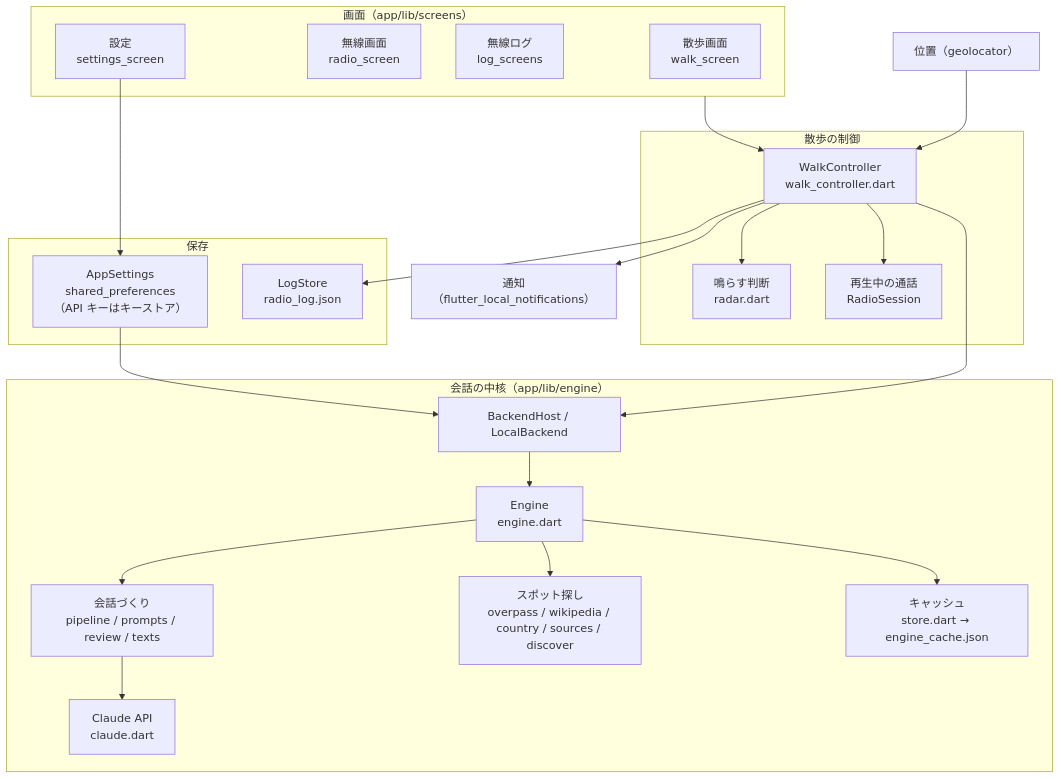
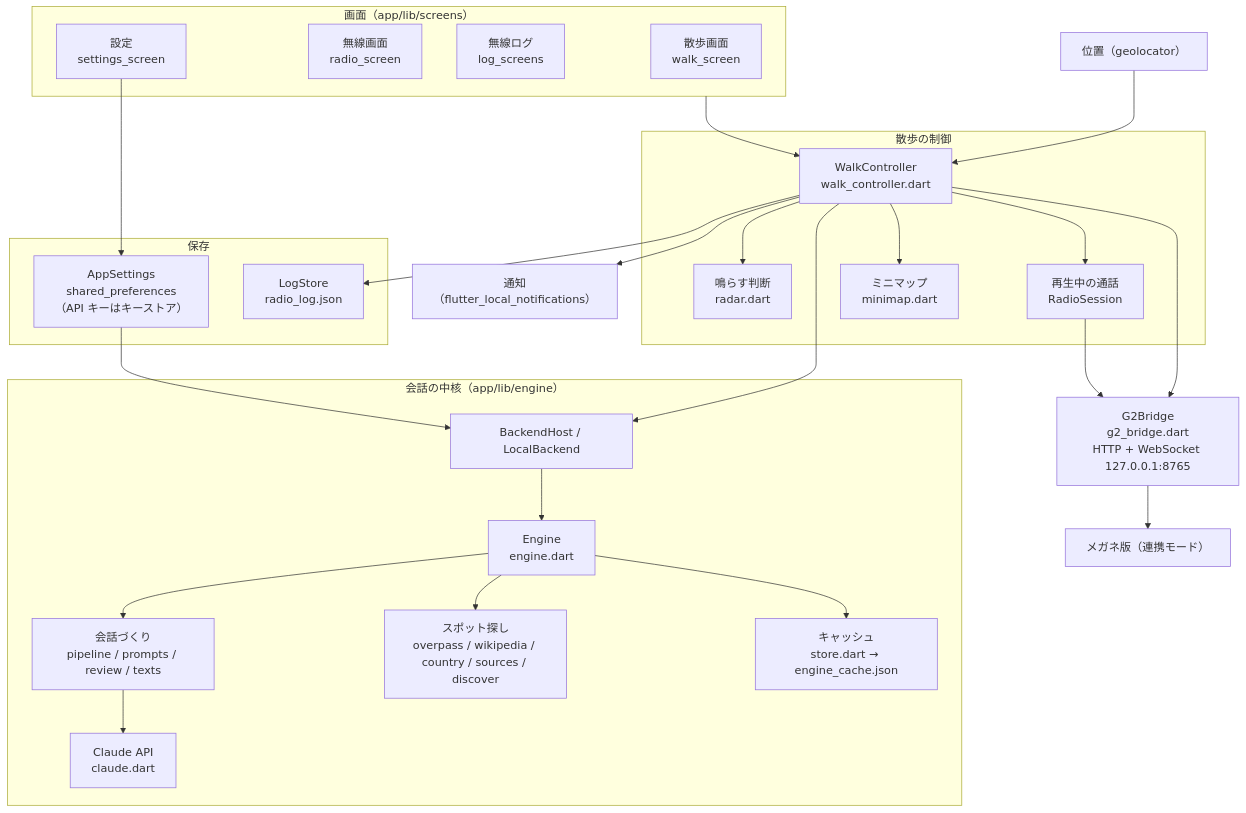
The second of 5 diagrams in design.md (dimethylether261/eveng2_codewalk), drawn with Mermaid before and after one commit. The commit also changed other lines of this file and 25 other files, not shown here.

First line of the commit message:
Link the glasses app to the Android app, behind a pairing code

````diff
--- a/design.md
+++ b/design.md
@@ -43,42 +44,49 @@
 ```mermaid
 flowchart TB
   subgraph ui["画面（app/lib/screens）"]
     walk["散歩画面<br/>walk_screen"]
     radio["無線画面<br/>radio_screen"]
     logs["無線ログ<br/>log_screens"]
     settings["設定<br/>settings_screen"]
   end
 
   subgraph ctl["散歩の制御"]
     wc["WalkController<br/>walk_controller.dart"]
     radar["鳴らす判断<br/>radar.dart"]
     session["再生中の通話<br/>RadioSession"]
+    mini["ミニマップ<br/>minimap.dart"]
   end
 
   subgraph data["保存"]
     appset["AppSettings<br/>shared_preferences<br/>（API キーはキーストア）"]
     logstore["LogStore<br/>radio_log.json"]
   end
 
   subgraph eng["会話の中核（app/lib/engine）"]
     host["BackendHost / LocalBackend"]
     engine["Engine<br/>engine.dart"]
     pipe["会話づくり<br/>pipeline / prompts / review / texts"]
     src["スポット探し<br/>overpass / wikipedia / country / sources / discover"]
     store["キャッシュ<br/>store.dart → engine_cache.json"]
     claude["Claude API<br/>claude.dart"]
   end
 
+  bridge["G2Bridge<br/>g2_bridge.dart<br/>HTTP + WebSocket 127.0.0.1:8765"]
+
   gps["位置（geolocator）"] --> wc
   wc --> radar
   wc --> session
+  wc --> mini
   wc --> logstore
   wc --> host --> engine
   engine --> pipe --> claude
   engine --> src
   engine --> store
   ui --> wc
   settings --> appset
   appset --> host
+  wc --> bridge
+  session --> bridge
+  bridge --> glassesApp["メガネ版（連携モード）"]
   wc --> notif["通知（flutter_local_notifications）"]
 ```
````
